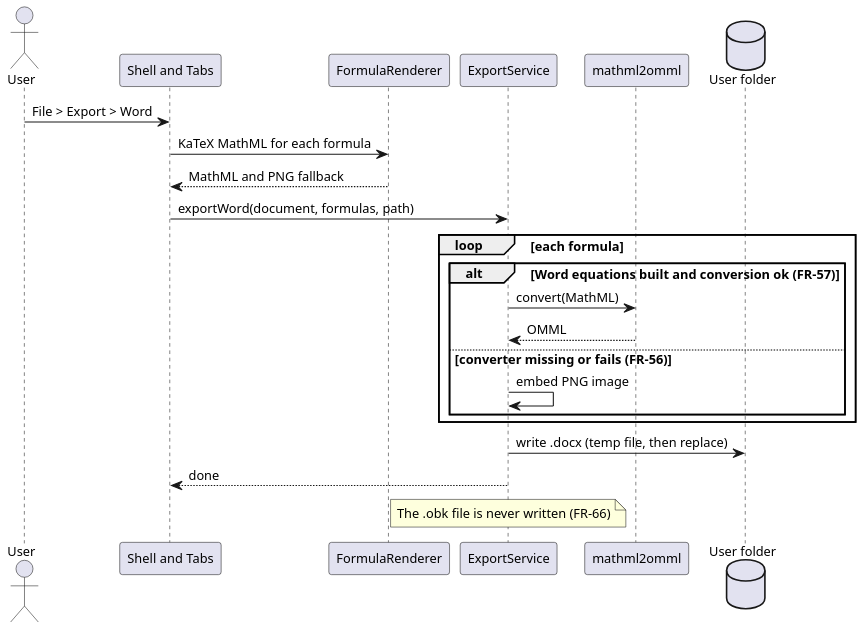
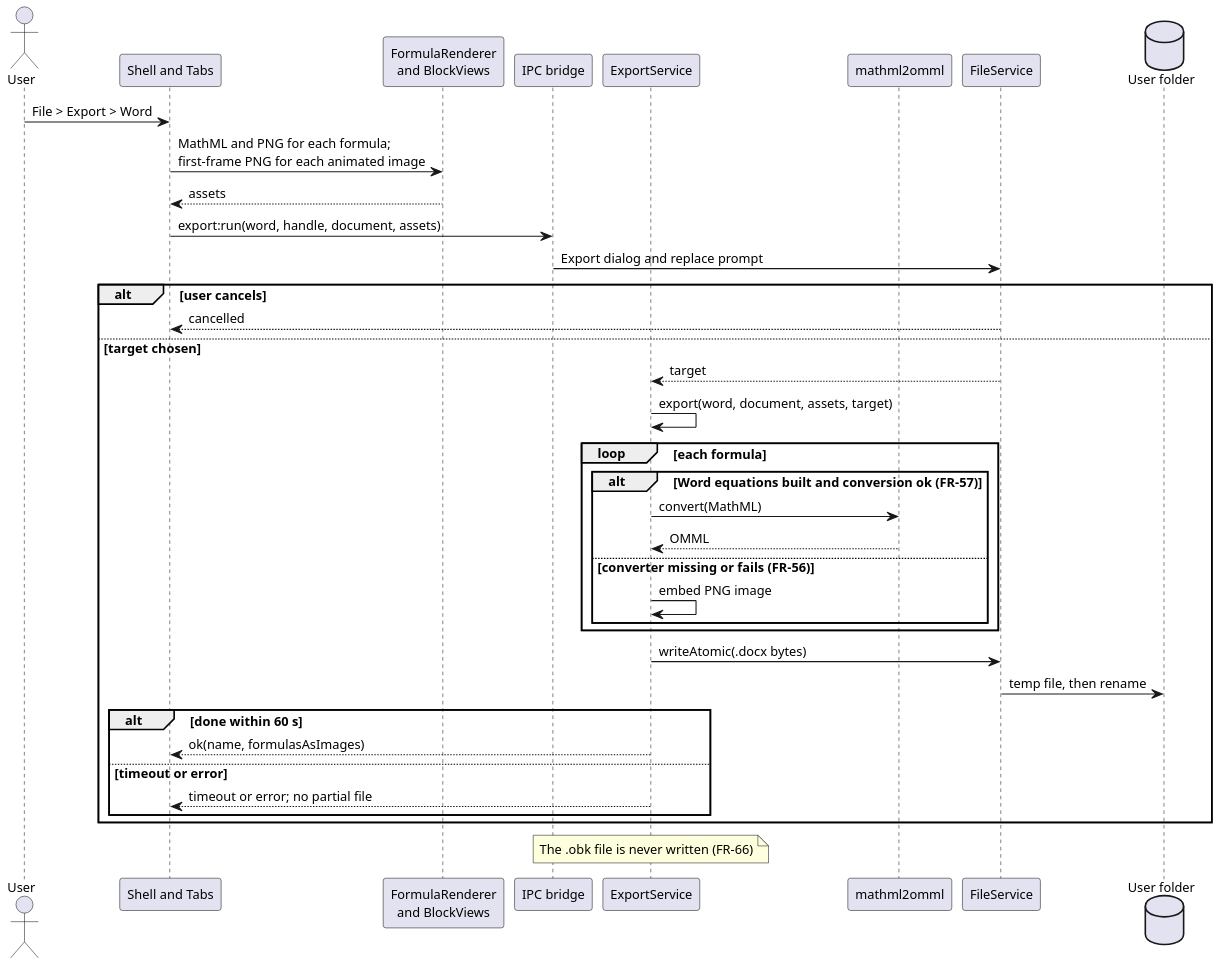
One commit to fillicianoplong/obelisk changed the diagram in docs/diagrams/03-sequence-export-word.puml. Above: the diagram before and after it, drawn with PlantUML. The commit also changed 19 other files, not shown here.

Commit message:
Docs: SRS and architecture 1.1 (design, data model, and security review fixes)

```diff
--- a/docs/diagrams/03-sequence-export-word.puml
+++ b/docs/diagrams/03-sequence-export-word.puml
@@ -1,27 +1,41 @@
 @startuml obelisk_sequence_export_word
 skinparam shadowing false
 skinparam defaultFontName Arial
 skinparam defaultFontSize 12
 skinparam dpi 140
 actor User
 participant "Shell and Tabs" as Shell
-participant "FormulaRenderer" as Formula
+participant "FormulaRenderer\nand BlockViews" as Formula
+participant "IPC bridge" as IPC
 participant "ExportService" as Exp
 participant "mathml2omml" as M2O
+participant "FileService" as FS
 database "User folder" as Disk
 User -> Shell : File > Export > Word
-Shell -> Formula : KaTeX MathML for each formula
-Formula --> Shell : MathML and PNG fallback
-Shell -> Exp : exportWord(document, formulas, path)
-loop each formula
-  alt Word equations built and conversion ok (FR-57)
-    Exp -> M2O : convert(MathML)
-    M2O --> Exp : OMML
-  else converter missing or fails (FR-56)
-    Exp -> Exp : embed PNG image
+Shell -> Formula : MathML and PNG for each formula;\nfirst-frame PNG for each animated image
+Formula --> Shell : assets
+Shell -> IPC : export:run(word, handle, document, assets)
+IPC -> FS : Export dialog and replace prompt
+alt user cancels
+  FS --> Shell : cancelled
+else target chosen
+  FS --> Exp : target
+  Exp -> Exp : export(word, document, assets, target)
+  loop each formula
+    alt Word equations built and conversion ok (FR-57)
+      Exp -> M2O : convert(MathML)
+      M2O --> Exp : OMML
+    else converter missing or fails (FR-56)
+      Exp -> Exp : embed PNG image
+    end
+  end
+  Exp -> FS : writeAtomic(.docx bytes)
+  FS -> Disk : temp file, then rename
+  alt done within 60 s
+    Exp --> Shell : ok(name, formulasAsImages)
+  else timeout or error
+    Exp --> Shell : timeout or error; no partial file
   end
 end
-Exp -> Disk : write .docx (temp file, then replace)
-Exp --> Shell : done
 note over Exp : The .obk file is never written (FR-66)
 @enduml
```
